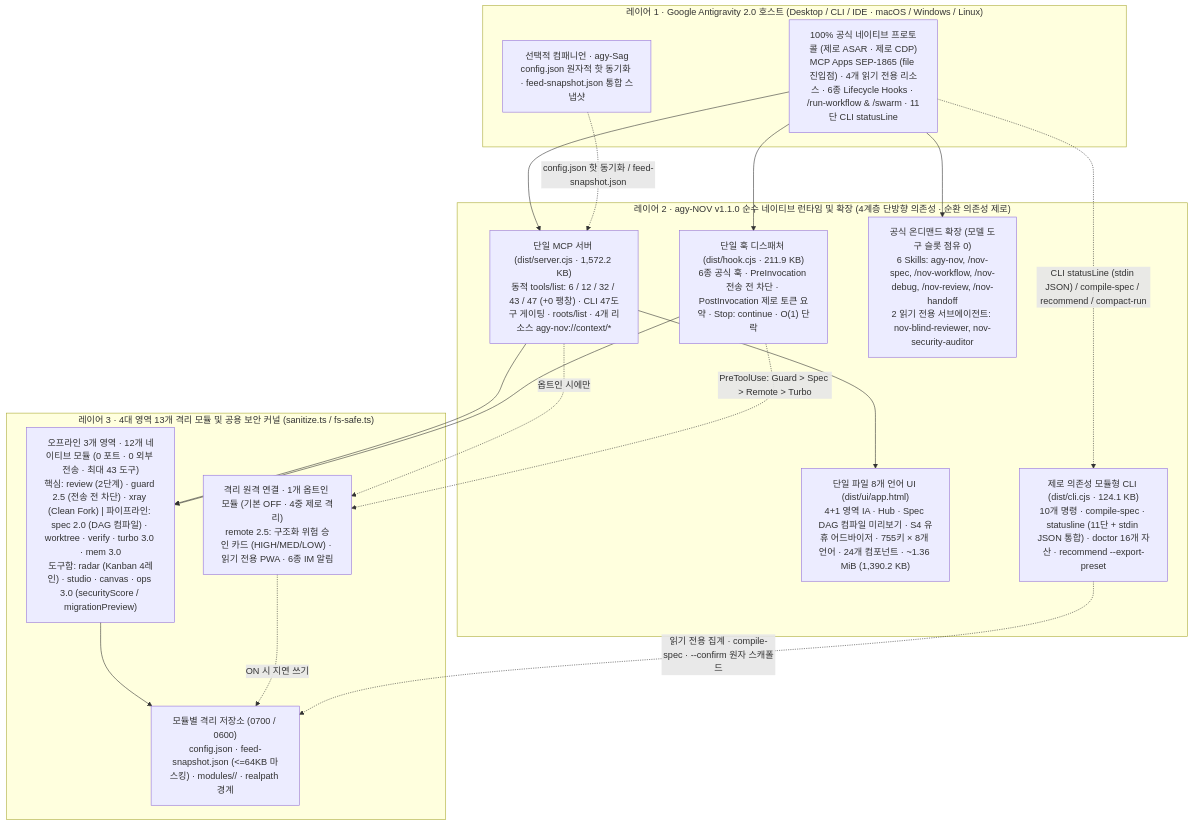
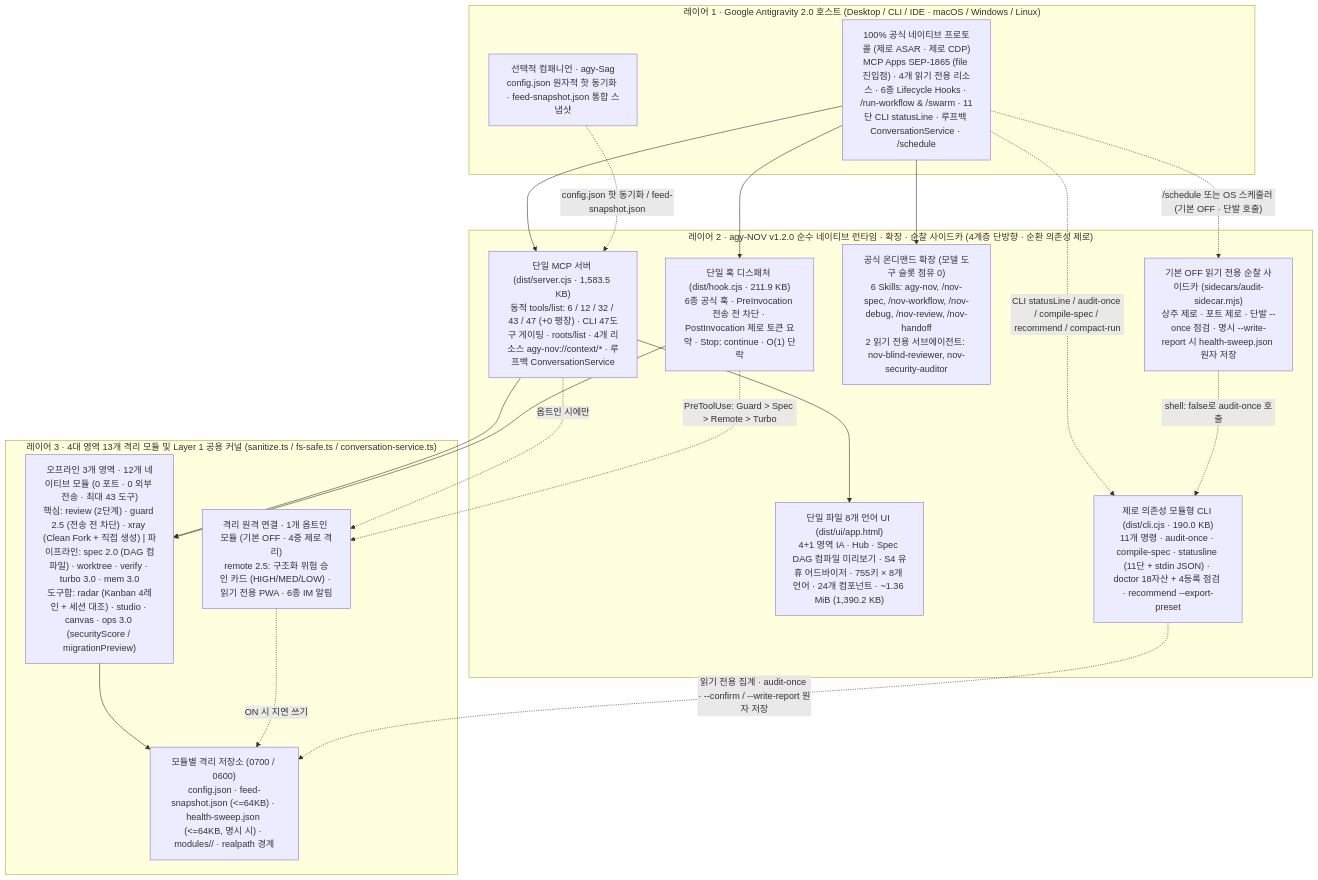
Before and after one commit to tone-leh/agy-NOV: the diagram in docs/i18n/README.ko.md, drawn with Mermaid. The commit also changed other lines of this file and 38 other files, not shown here.

Commit message:
feat(v1.2.0): opt-in read-only audit sidecar, loopback ConversationService bridge & Marketplace readiness

````diff
--- a/docs/i18n/README.ko.md
+++ b/docs/i18n/README.ko.md
@@ -242,35 +260,38 @@
 ```mermaid
 flowchart TB
   subgraph L1["레이어 1 · Google Antigravity 2.0 호스트 (Desktop / CLI / IDE · macOS / Windows / Linux)"]
-    Host["100% 공식 네이티브 프로토콜 (제로 ASAR · 제로 CDP)\nMCP Apps SEP-1865 (file 진입점) · 4개 읽기 전용 리소스 · 6종 Lifecycle Hooks · /run-workflow & /swarm · 11단 CLI statusLine"]
+    Host["100% 공식 네이티브 프로토콜 (제로 ASAR · 제로 CDP)\nMCP Apps SEP-1865 (file 진입점) · 4개 읽기 전용 리소스 · 6종 Lifecycle Hooks · /run-workflow & /swarm · 11단 CLI statusLine · 루프백 ConversationService · /schedule"]
     Sag["선택적 컴패니언 · agy-Sag\nconfig.json 원자적 핫 동기화 · feed-snapshot.json 통합 스냅샷"]
   end
 
-  subgraph L2["레이어 2 · agy-NOV v1.1.0 순수 네이티브 런타임 및 확장 (4계층 단방향 의존성 · 순환 의존성 제로)"]
-    MCP["단일 MCP 서버 (dist/server.cjs · 1,572.2 KB)\n동적 tools/list: 6 / 12 / 32 / 43 / 47 (+0 팽창) · CLI 47도구 게이팅 · roots/list · 4개 리소스 agy-nov://context/*"]
+  subgraph L2["레이어 2 · agy-NOV v1.2.0 순수 네이티브 런타임 · 확장 · 순찰 사이드카 (4계층 단방향 · 순환 의존성 제로)"]
+    MCP["단일 MCP 서버 (dist/server.cjs · 1,583.5 KB)\n동적 tools/list: 6 / 12 / 32 / 43 / 47 (+0 팽창) · CLI 47도구 게이팅 · roots/list · 4개 리소스 agy-nov://context/* · 루프백 ConversationService"]
     Hook["단일 훅 디스패처 (dist/hook.cjs · 211.9 KB)\n6종 공식 훅 · PreInvocation 전송 전 차단 · PostInvocation 제로 토큰 요약 · Stop: continue · O(1) 단락"]
     UI["단일 파일 8개 언어 UI (dist/ui/app.html)\n4+1 영역 IA · Hub · Spec DAG 컴파일 미리보기 · S4 유휴 어드바이저 · 755키 × 8개 언어 · 24개 컴포넌트 · ~1.36 MiB (1,390.2 KB)"]
     Ext["공식 온디맨드 확장 (모델 도구 슬롯 점유 0)\n6 Skills: agy-nov, /nov-spec, /nov-workflow, /nov-debug, /nov-review, /nov-handoff\n2 읽기 전용 서브에이전트: nov-blind-reviewer, nov-security-auditor"]
-    CLI["제로 의존성 모듈형 CLI (dist/cli.cjs · 124.1 KB)\n10개 명령 · compile-spec · statusline (11단 + stdin JSON 통합) · doctor 16개 자산 · recommend --export-preset"]
+    CLI["제로 의존성 모듈형 CLI (dist/cli.cjs · 190.0 KB)\n11개 명령 · audit-once · compile-spec · statusline (11단 + stdin JSON) · doctor 18자산 + 4등록 점검 · recommend --export-preset"]
+    Sidecar["기본 OFF 읽기 전용 순찰 사이드카 (sidecars/audit-sidecar.mjs)\n상주 제로 · 포트 제로 · 단발 --once 점검 · 명시 --write-report 시 health-sweep.json 원자 저장"]
   end
 
-  subgraph L3["레이어 3 · 4대 영역 13개 격리 모듈 및 공용 보안 커널 (sanitize.ts / fs-safe.ts)"]
-    T1["오프라인 3개 영역 · 12개 네이티브 모듈 (0 포트 · 0 외부 전송 · 최대 43 도구)\n핵심: review (2단계) · guard 2.5 (전송 전 차단) · xray (Clean Fork) | 파이프라인: spec 2.0 (DAG 컴파일) · worktree · verify · turbo 3.0 · mem 3.0\n도구함: radar (Kanban 4레인) · studio · canvas · ops 3.0 (securityScore / migrationPreview)"]
+  subgraph L3["레이어 3 · 4대 영역 13개 격리 모듈 및 Layer 1 공용 커널 (sanitize.ts / fs-safe.ts / conversation-service.ts)"]
+    T1["오프라인 3개 영역 · 12개 네이티브 모듈 (0 포트 · 0 외부 전송 · 최대 43 도구)\n핵심: review (2단계) · guard 2.5 (전송 전 차단) · xray (Clean Fork + 직접 생성) | 파이프라인: spec 2.0 (DAG 컴파일) · worktree · verify · turbo 3.0 · mem 3.0\n도구함: radar (Kanban 4레인 + 세션 대조) · studio · canvas · ops 3.0 (securityScore / migrationPreview)"]
     T2R["격리 원격 연결 · 1개 옵트인 모듈 (기본 OFF · 4중 제로 격리)\nremote 2.5: 구조화 위험 승인 카드 (HIGH/MED/LOW) · 읽기 전용 PWA · 6종 IM 알림"]
-    Store["모듈별 격리 저장소 (0700 / 0600)\nconfig.json · feed-snapshot.json (<=64KB 마스킹) · modules/<id>/ · realpath 경계"]
+    Store["모듈별 격리 저장소 (0700 / 0600)\nconfig.json · feed-snapshot.json (<=64KB) · health-sweep.json (<=64KB, 명시 시) · modules/<id>/ · realpath 경계"]
   end
 
   Host --> MCP
   Host --> Hook
   Host --> Ext
-  Host -. "CLI statusLine (stdin JSON) / compile-spec / recommend / compact-run" .-> CLI
+  Host -. "CLI statusLine / audit-once / compile-spec / recommend / compact-run" .-> CLI
+  Host -. "/schedule 또는 OS 스케줄러 (기본 OFF · 단발 호출)" .-> Sidecar
+  Sidecar -. "shell: false로 audit-once 호출" .-> CLI
   Sag -. "config.json 핫 동기화 / feed-snapshot.json" .-> MCP
   MCP --> UI
   MCP --> T1
   MCP -. "옵트인 시에만" .-> T2R
   Hook --> T1
   Hook -. "PreToolUse: Guard > Spec > Remote > Turbo" .-> T2R
   T1 --> Store
   T2R -. "ON 시 지연 쓰기" .-> Store
-  CLI -. "읽기 전용 집계 · compile-spec · --confirm 원자 스캐폴드" .-> Store
+  CLI -. "읽기 전용 집계 · audit-once · --confirm / --write-report 원자 저장" .-> Store
 ```
````
